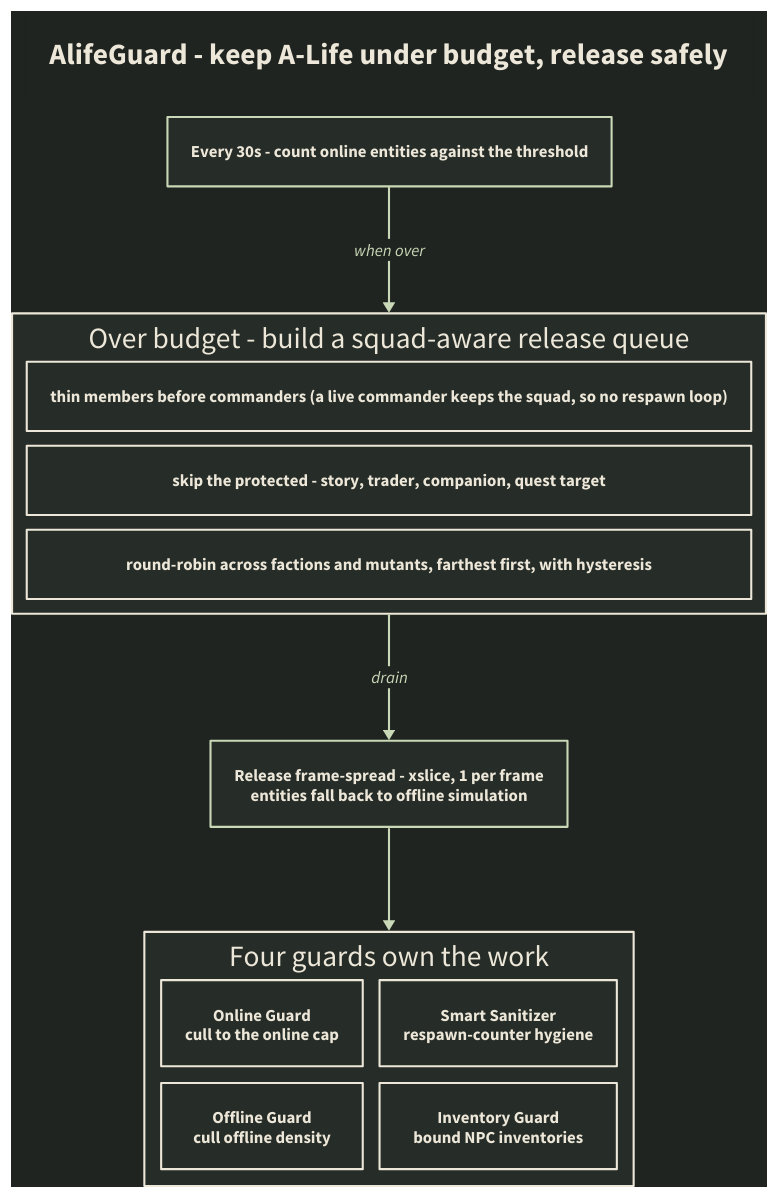
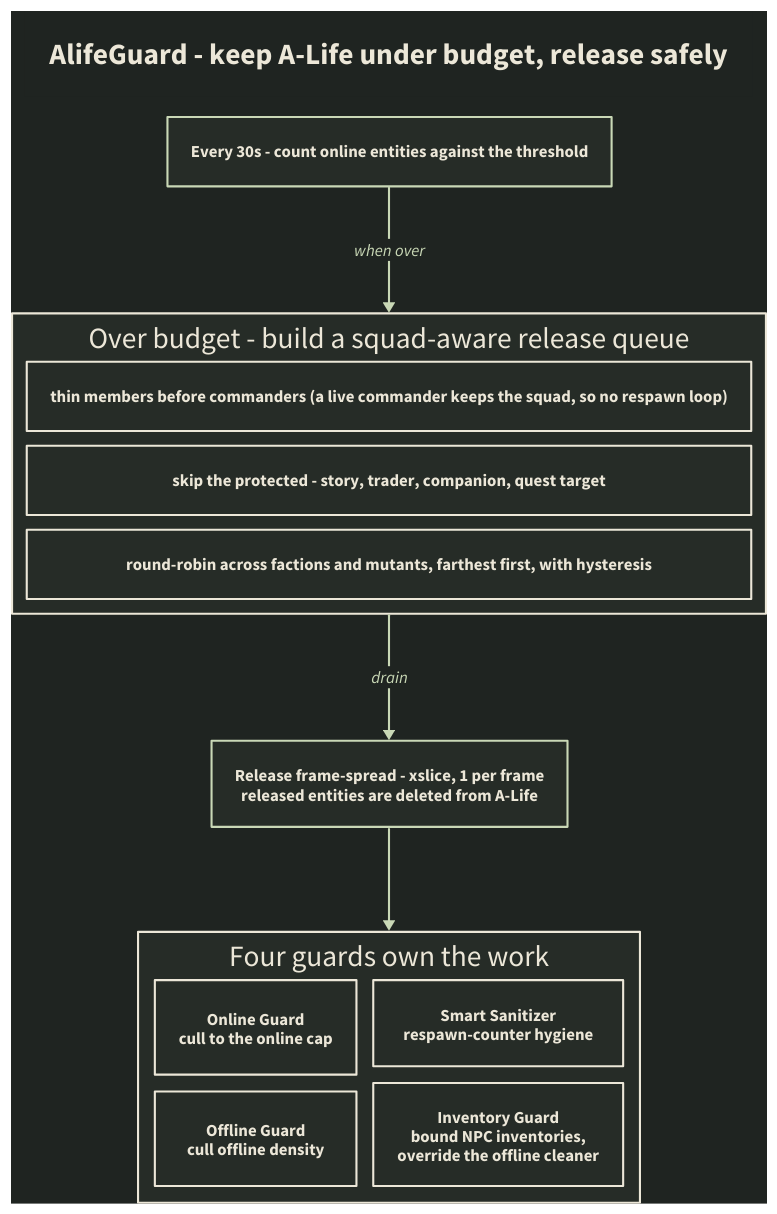
One commit to damiansirbu-stalker/AlifeGuard changed the diagram in doc/img/alifeguard-howitworks.d2. Above: the diagram before and after it, drawn with D2. The commit also changed 2 other files, not shown here.

Commit message:
docs(hero): say the diagram's released entities are deleted, and add the offline cleaner to Inventory Guard

```diff
--- a/doc/img/alifeguard-howitworks.d2
+++ b/doc/img/alifeguard-howitworks.d2
@@ -1,42 +1,42 @@
 direction: down
 
 style.fill: "#1f2421"
 
 **.style.fill: "#262c27"
 **.style.stroke: "#ece7d8"
 **.style.font-color: "#ece7d8"
 **.style.stroke-width: 2
 
 title: "AlifeGuard - keep A-Life under budget, release safely" {
   near: top-center
   style: { stroke-width: 0; fill: "#1f2421"; font-color: "#ece7d8"; font-size: 28 }
 }
 
 sensor: "Every 30s - count online entities against the threshold" {
   style.stroke: "#c9d8b6"
 }
 
 queue: "Over budget - build a squad-aware release queue" {
   grid-columns: 1
   grid-gap: 14
   a: "thin members before commanders (a live commander keeps the squad, so no respawn loop)"
   b: "skip the protected - story, trader, companion, quest target"
   c: "round-robin across factions and mutants, farthest first, with hysteresis"
 }
 
-release: "Release frame-spread - xslice, 1 per frame\nentities fall back to offline simulation" {
+release: "Release frame-spread - xslice, 1 per frame\nreleased entities are deleted from A-Life" {
   style.stroke: "#c9d8b6"
 }
 
 guards: "Four guards own the work" {
   grid-columns: 2
   grid-gap: 16
   og: "Online Guard\ncull to the online cap"
   fg: "Offline Guard\ncull offline density"
   ss: "Smart Sanitizer\nrespawn-counter hygiene"
-  ig: "Inventory Guard\nbound NPC inventories"
+  ig: "Inventory Guard\nbound NPC inventories,\noverride the offline cleaner"
 }
 
 sensor -> queue: "when over" { style: { stroke: "#c9d8b6"; font-color: "#c9d8b6" } }
 queue -> release: "drain" { style: { stroke: "#c9d8b6"; font-color: "#c9d8b6" } }
 release -> guards: "" { style: { stroke: "#c9d8b6" } }
```
